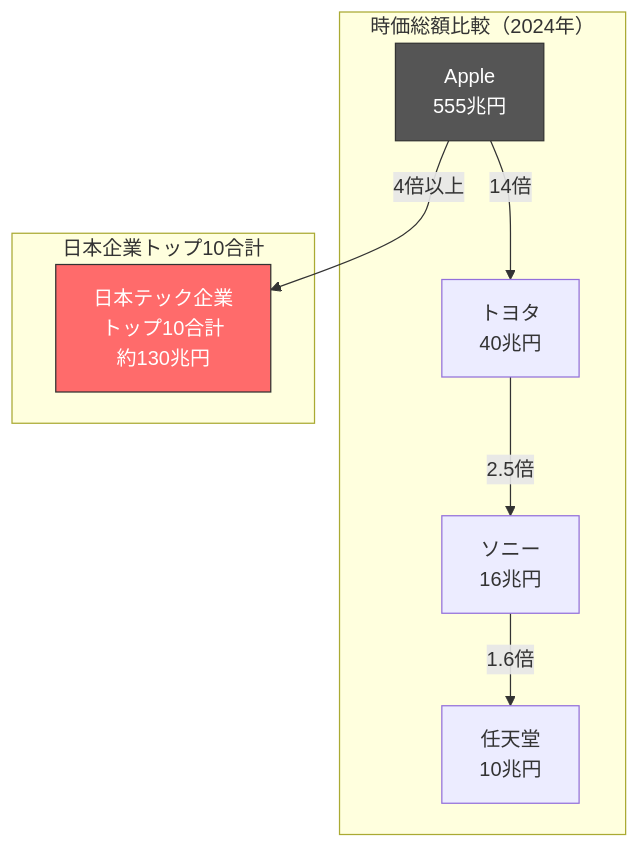
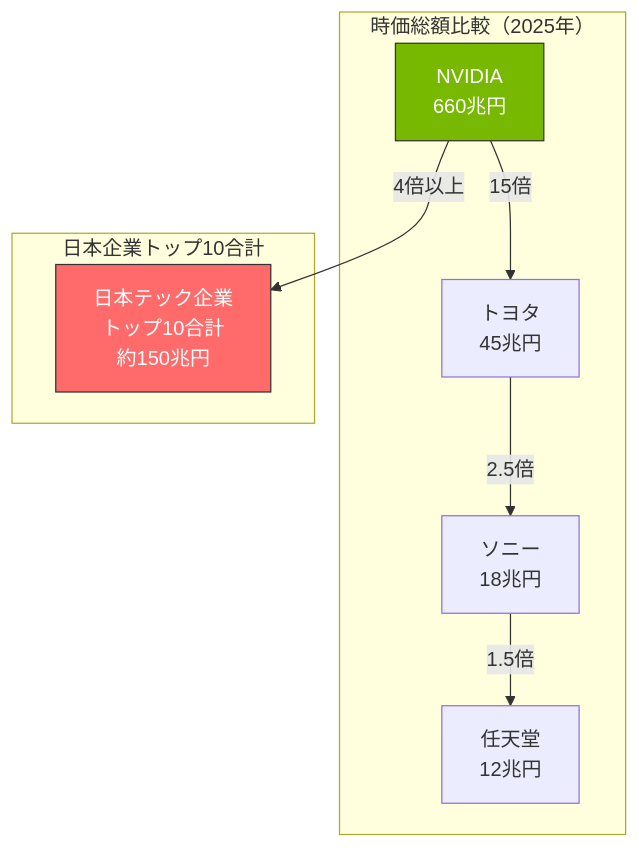
One commit to yasuhisa1984/blog changed the third of 4 diagrams in content/posts/it-company-power-ranking.md. Above: the diagram before and after it, drawn with Mermaid. The commit also changed other lines of this file, not shown here.

````diff
--- a/content/posts/it-company-power-ranking.md
+++ b/content/posts/it-company-power-ranking.md
@@ -256,22 +261,22 @@
 ```mermaid
 graph TB
-    subgraph "時価総額比較（2024年）"
-        Apple[Apple<br/>555兆円]
-        Toyota[トヨタ<br/>40兆円]
-        Sony[ソニー<br/>16兆円]
-        Nintendo[任天堂<br/>10兆円]
+    subgraph "時価総額比較（2025年）"
+        NVIDIA[NVIDIA<br/>660兆円]
+        Toyota[トヨタ<br/>45兆円]
+        Sony[ソニー<br/>18兆円]
+        Nintendo[任天堂<br/>12兆円]
     end
 
-    Apple -->|14倍| Toyota
+    NVIDIA -->|15倍| Toyota
     Toyota -->|2.5倍| Sony
-    Sony -->|1.6倍| Nintendo
+    Sony -->|1.5倍| Nintendo
 
     subgraph "日本企業トップ10合計"
-        JapanTotal[日本テック企業<br/>トップ10合計<br/>約130兆円]
+        JapanTotal[日本テック企業<br/>トップ10合計<br/>約150兆円]
     end
 
-    Apple -->|4倍以上| JapanTotal
+    NVIDIA -->|4倍以上| JapanTotal
 
-    style Apple fill:#555555,stroke:#333,color:#fff
+    style NVIDIA fill:#76b900,stroke:#333,color:#fff
     style JapanTotal fill:#ff6b6b,stroke:#333,color:#fff
 ```
````
